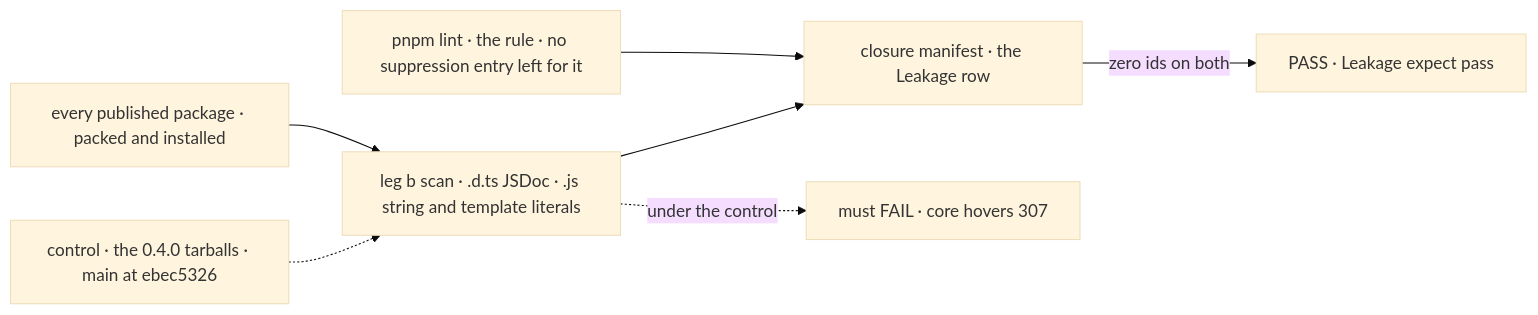
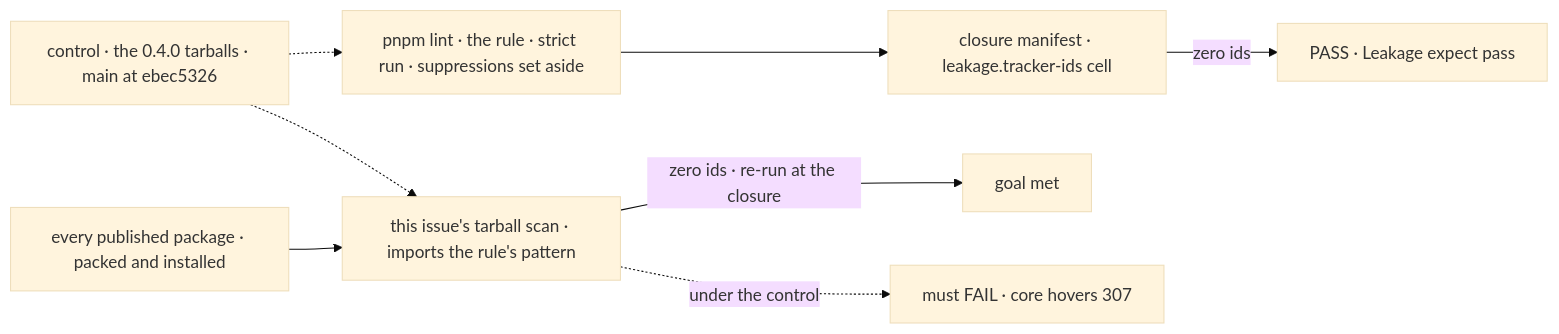
Before and after one commit to fixpoint-labs/flow-state-dev: the first of 2 diagrams in specs/issues/FIX-2453/SPEC.md, drawn with Mermaid (base theme). The commit also changed other lines of this file and 3 other files, not shown here.

````diff
--- a/specs/issues/FIX-2453/SPEC.md
+++ b/specs/issues/FIX-2453/SPEC.md
@@ -35,9 +35,10 @@
 ```mermaid
 flowchart LR
-  W["pnpm lint · the rule · no suppression entry left for it"] --> M["closure manifest · the Leakage row"]
-  A["every published package · packed and installed"] --> S["leg b scan · .d.ts JSDoc · .js string and template literals"]
-  S --> M
-  M -->|"zero ids on both"| P["PASS · Leakage expect pass"]
-  C["control · the 0.4.0 tarballs · main at ebec5326"] -.-> S
+  W["pnpm lint · the rule · strict run · suppressions set aside"] --> M["closure manifest · leakage.tracker-ids cell"]
+  M -->|"zero ids"| P["PASS · Leakage expect pass"]
+  A["every published package · packed and installed"] --> S["this issue's tarball scan · imports the rule's pattern"]
+  S -->|"zero ids · re-run at the closure"| G["goal met"]
+  C["control · the 0.4.0 tarballs · main at ebec5326"] -.-> W
+  C -.-> S
   S -.->|"under the control"| F["must FAIL · core hovers 307"]
 ```
````
